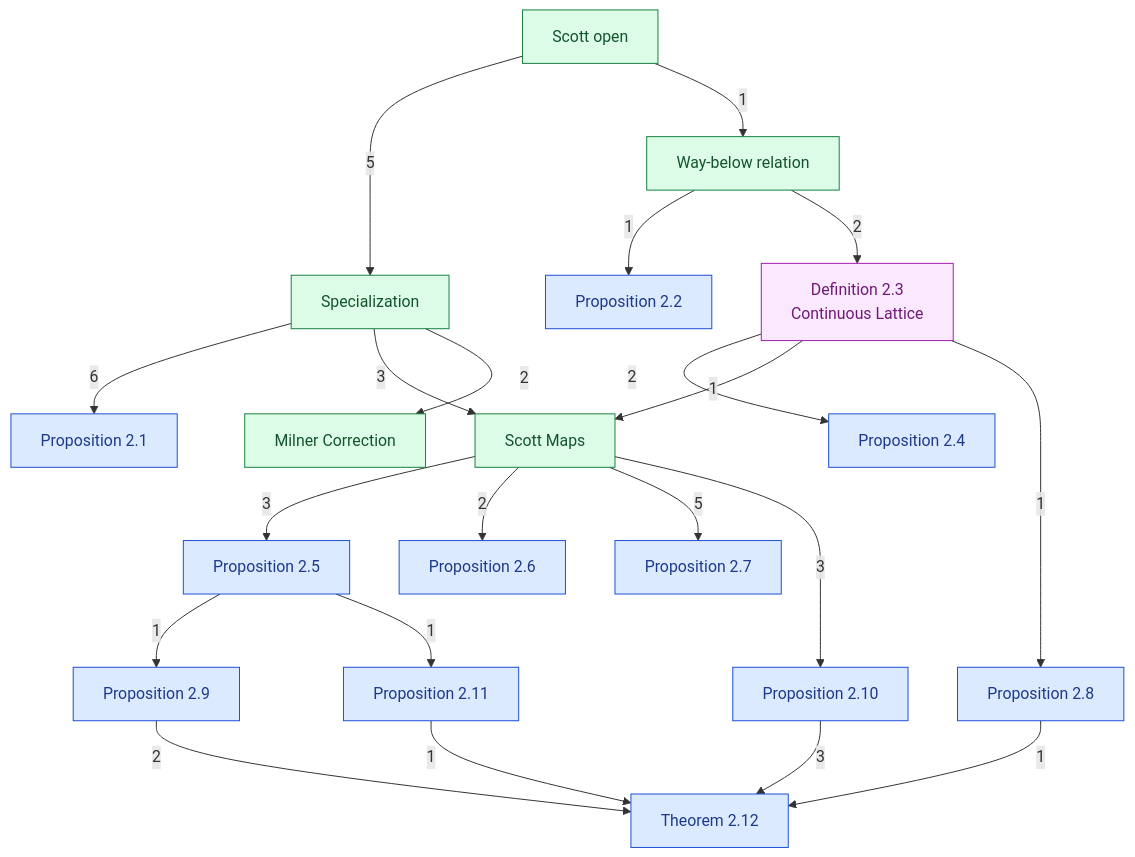
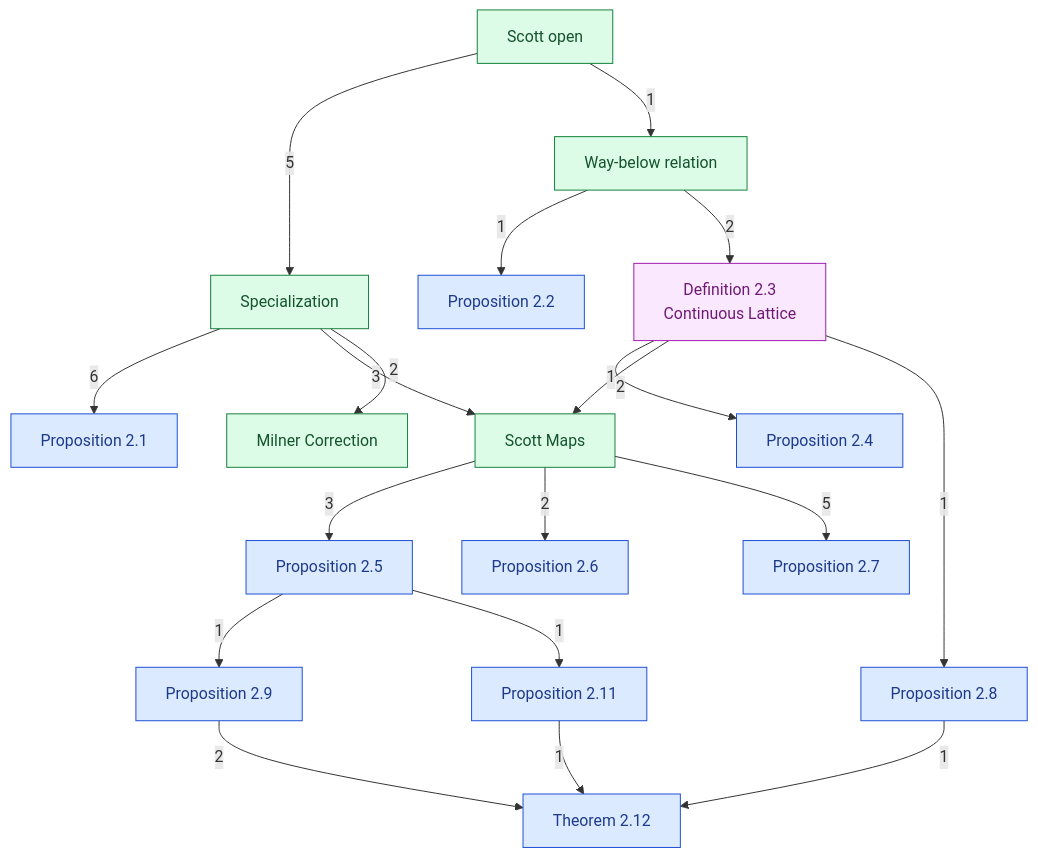
One commit to catskillsresearch/DomainTheory changed the diagram in DomainTheory/1972_Continuous_lattices.mermaid. Above: the diagram before and after it, drawn with Mermaid. The commit also changed 19 other files, not shown here.

Commit message:
Match the chapter to the paper's sections 0–4, and file the corrected proof of Proposition 2.10 after the retraction it imports.

```diff
--- a/DomainTheory/1972_Continuous_lattices.mermaid
+++ b/DomainTheory/1972_Continuous_lattices.mermaid
@@ -1,47 +1,45 @@
-%% Notes of the continuous-lattices section, in the paper's order.
+%% Notes of section 2, continuous lattices, in the paper's order.
 %% Arrowhead on the importer. The number is a direct-import count.
 %% An arrow already implied by a longer path is omitted.
+%% The flawed proof of Proposition 2.10 has no Lean files.
 flowchart TB
   SP["Specialization"]
   SO["Scott open"]
   P21["Proposition 2.1"]
   WB["Way-below relation"]
   P22["Proposition 2.2"]
   D23["Definition 2.3\nContinuous Lattice"]
   P24["Proposition 2.4"]
   SM["Scott Maps"]
   MC["Milner Correction"]
   P25["Proposition 2.5"]
   P26["Proposition 2.6"]
   P27["Proposition 2.7"]
   P28["Proposition 2.8"]
   P29["Proposition 2.9"]
-  P210["Proposition 2.10"]
   P211["Proposition 2.11"]
   T212["Theorem 2.12"]
   SO -->|"5"| SP
   SO -->|"1"| WB
   SP -->|"6"| P21
   SP -->|"3"| SM
   SP -->|"2"| MC
   WB -->|"1"| P22
   WB -->|"2"| D23
   D23 -->|"2"| P24
   D23 -->|"1"| SM
   D23 -->|"1"| P28
   SM -->|"3"| P25
   SM -->|"2"| P26
   SM -->|"5"| P27
-  SM -->|"3"| P210
   P25 -->|"1"| P29
   P25 -->|"1"| P211
   P28 -->|"1"| T212
   P29 -->|"2"| T212
-  P210 -->|"3"| T212
   P211 -->|"1"| T212
   classDef concept fill:#dcfce7,stroke:#15803d,color:#14532d
   classDef numbered fill:#dbeafe,stroke:#1d4ed8,color:#1e3a8a
   classDef definition fill:#fae8ff,stroke:#a21caf,color:#701a75
   class SP,SO,WB,SM,MC concept
   class D23 definition
-  class P21,P22,P24,P25,P26,P27,P28,P29,P210,P211,T212 numbered
+  class P21,P22,P24,P25,P26,P27,P28,P29,P211,T212 numbered
```
